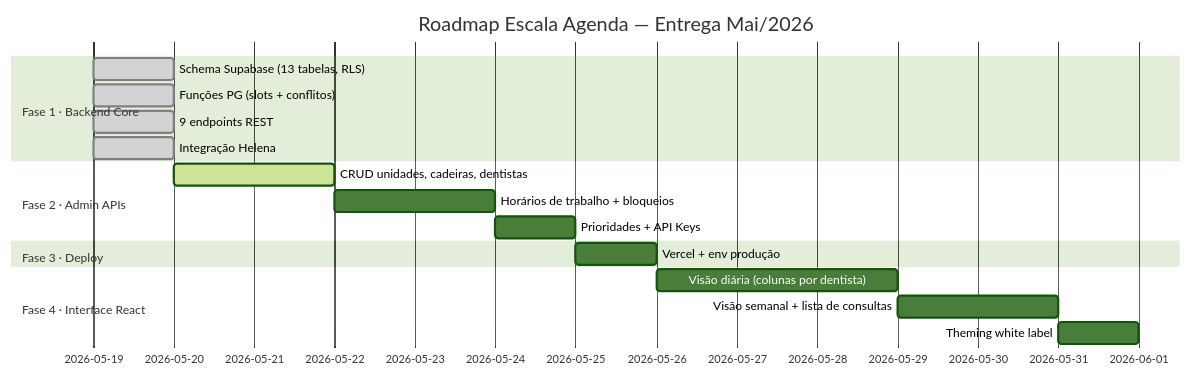
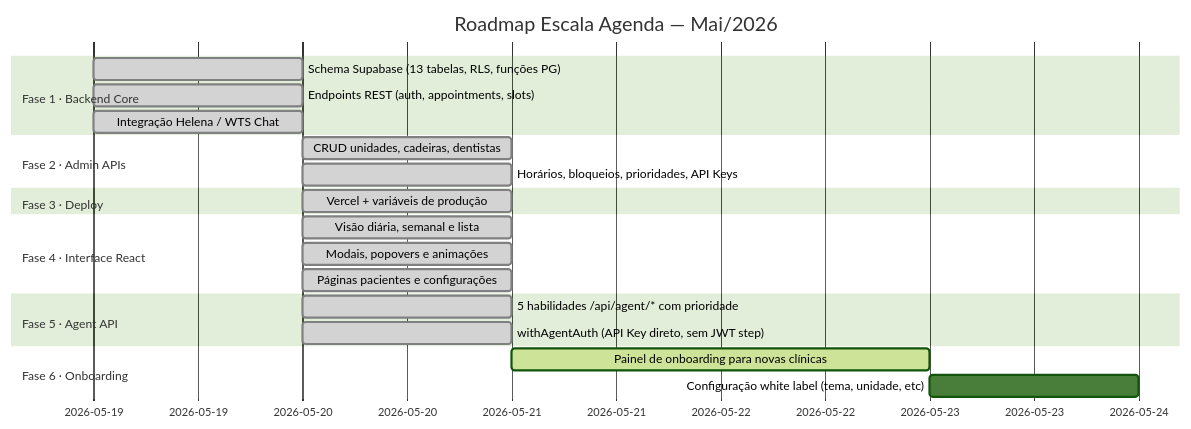
The seventh of 7 diagrams in README.md (contactIA/Contact-Calendar), drawn with Mermaid (forest theme) before and after one commit. The commit also changed other lines of this file, not shown here.

First line of the commit message:
docs: atualiza README com Fase 5 (Agent API) e estado atual completo

````diff
--- a/README.md
+++ b/README.md
@@ -358,23 +558,30 @@
 ```mermaid
 gantt
-    title Roadmap Escala Agenda — Entrega Mai/2026
+    title Roadmap Escala Agenda — Mai/2026
     dateFormat  YYYY-MM-DD
+
     section Fase 1 · Backend Core
-    Schema Supabase (13 tabelas, RLS)     :done, 2026-05-19, 1d
-    Funções PG (slots + conflitos)        :done, 2026-05-19, 1d
-    9 endpoints REST                      :done, 2026-05-19, 1d
-    Integração Helena                     :done, 2026-05-19, 1d
+    Schema Supabase (13 tabelas, RLS, funções PG)  :done, 2026-05-19, 1d
+    Endpoints REST (auth, appointments, slots)      :done, 2026-05-19, 1d
+    Integração Helena / WTS Chat                   :done, 2026-05-19, 1d
 
     section Fase 2 · Admin APIs
-    CRUD unidades, cadeiras, dentistas    :active, 2026-05-20, 2d
-    Horários de trabalho + bloqueios      :2026-05-22, 2d
-    Prioridades + API Keys                :2026-05-24, 1d
+    CRUD unidades, cadeiras, dentistas             :done, 2026-05-20, 1d
+    Horários, bloqueios, prioridades, API Keys     :done, 2026-05-20, 1d
 
     section Fase 3 · Deploy
-    Vercel + env produção                 :2026-05-25, 1d
+    Vercel + variáveis de produção                 :done, 2026-05-20, 1d
 
     section Fase 4 · Interface React
-    Visão diária (colunas por dentista)   :2026-05-26, 3d
-    Visão semanal + lista de consultas    :2026-05-29, 2d
-    Theming white label                   :2026-05-31, 1d
+    Visão diária, semanal e lista                  :done, 2026-05-20, 1d
+    Modais, popovers e animações                   :done, 2026-05-20, 1d
+    Páginas pacientes e configurações              :done, 2026-05-20, 1d
+
+    section Fase 5 · Agent API
+    5 habilidades /api/agent/* com prioridade      :done, 2026-05-20, 1d
+    withAgentAuth (API Key direto, sem JWT step)   :done, 2026-05-20, 1d
+
+    section Fase 6 · Onboarding
+    Painel de onboarding para novas clínicas       :active, 2026-05-21, 2d
+    Configuração white label (tema, unidade, etc)  :2026-05-23, 1d
 ```
````
